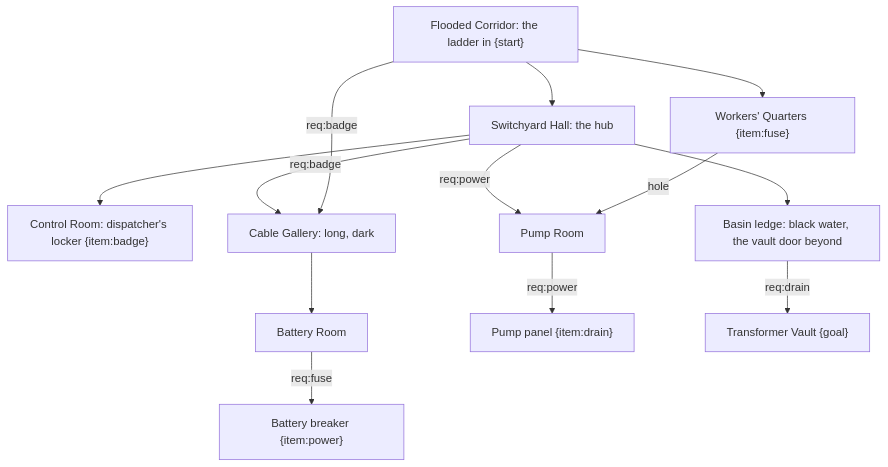
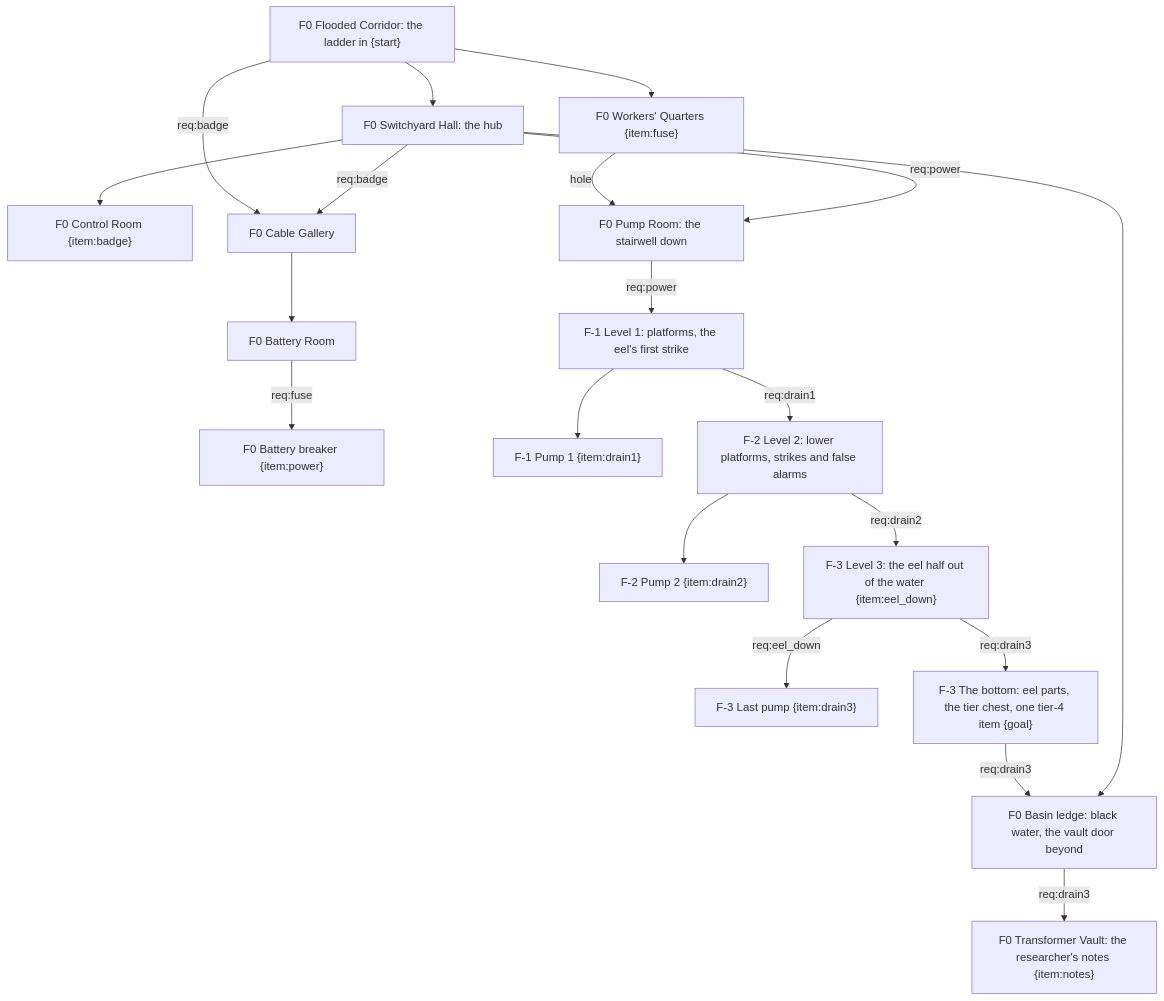
The diagram in ArtSource/plans/sub_station_depths.mmd (grimmylock/agora-vai-action), drawn with Mermaid before and after one commit. The commit also changed 20 other files, not shown here.

First line of the commit message:
Sub-Station Depths: the eel's three flooded levels as maps (before the fight)

```diff
--- a/ArtSource/plans/sub_station_depths.mmd
+++ b/ArtSource/plans/sub_station_depths.mmd
@@ -1,18 +1,24 @@
-%% Sub-Station Depths (Tier 3) - mission graph, drawn before the floor plan (level-design skill, graph_check.py).
-%% Keys: badge (blue card doors), fuse, power (dead blast doors), drain (deep water). Nothing is spent.
-%% Seen before it opens: the power door and the black basin from the hall, the dead pump panel through the hole, the vault door across the water.
+%% Sub-Station Depths with the eel (planned, Yan 2026-11-04; not built). Four maps: the station (as built) + three flooded levels.
+%% Map changes are stairs (two-way); the stairwell is dead until the power is on (the hole only shows it). Keys are saved with the world, so nothing re-floods. "eel_down" = the boss beaten.
 %% start: E
-%% goal: V
+%% goal: Z
 flowchart TD
-  E["Flooded Corridor: the ladder in {start}"] --> H["Switchyard Hall: the hub"]
-  E --> Q["Workers' Quarters {item:fuse}"]
-  H --> K["Control Room: dispatcher's locker {item:badge}"]
-  H -->|req:badge| Y["Cable Gallery: long, dark"]
+  E["F0 Flooded Corridor: the ladder in {start}"] --> H["F0 Switchyard Hall: the hub"]
+  E --> Q["F0 Workers' Quarters {item:fuse}"]
+  H --> K["F0 Control Room {item:badge}"]
+  H -->|req:badge| Y["F0 Cable Gallery"]
   E -->|req:badge| Y
-  Y --> B["Battery Room"]
-  B -->|req:fuse| BS["Battery breaker {item:power}"]
-  H -->|req:power| U["Pump Room"]
+  Y --> B["F0 Battery Room"]
+  B -->|req:fuse| BS["F0 Battery breaker {item:power}"]
+  H -->|req:power| U["F0 Pump Room: the stairwell down"]
   Q -->|hole| U
-  U -->|req:power| P["Pump panel {item:drain}"]
-  H --> L["Basin ledge: black water, the vault door beyond"]
-  L -->|req:drain| V["Transformer Vault {goal}"]
+  H --> L["F0 Basin ledge: black water, the vault door beyond"]
+  U -->|req:power| P1["F-1 Level 1: platforms, the eel's first strike"]
+  P1 --> W1["F-1 Pump 1 {item:drain1}"]
+  P1 -->|req:drain1| P2["F-2 Level 2: lower platforms, strikes and false alarms"]
+  P2 --> W2["F-2 Pump 2 {item:drain2}"]
+  P2 -->|req:drain2| A["F-3 Level 3: the eel half out of the water {item:eel_down}"]
+  A -->|req:eel_down| W3["F-3 Last pump {item:drain3}"]
+  A -->|req:drain3| Z["F-3 The bottom: eel parts, the tier chest, one tier-4 item {goal}"]
+  Z -->|req:drain3| L
+  L -->|req:drain3| V["F0 Transformer Vault: the researcher's notes {item:notes}"]
```
